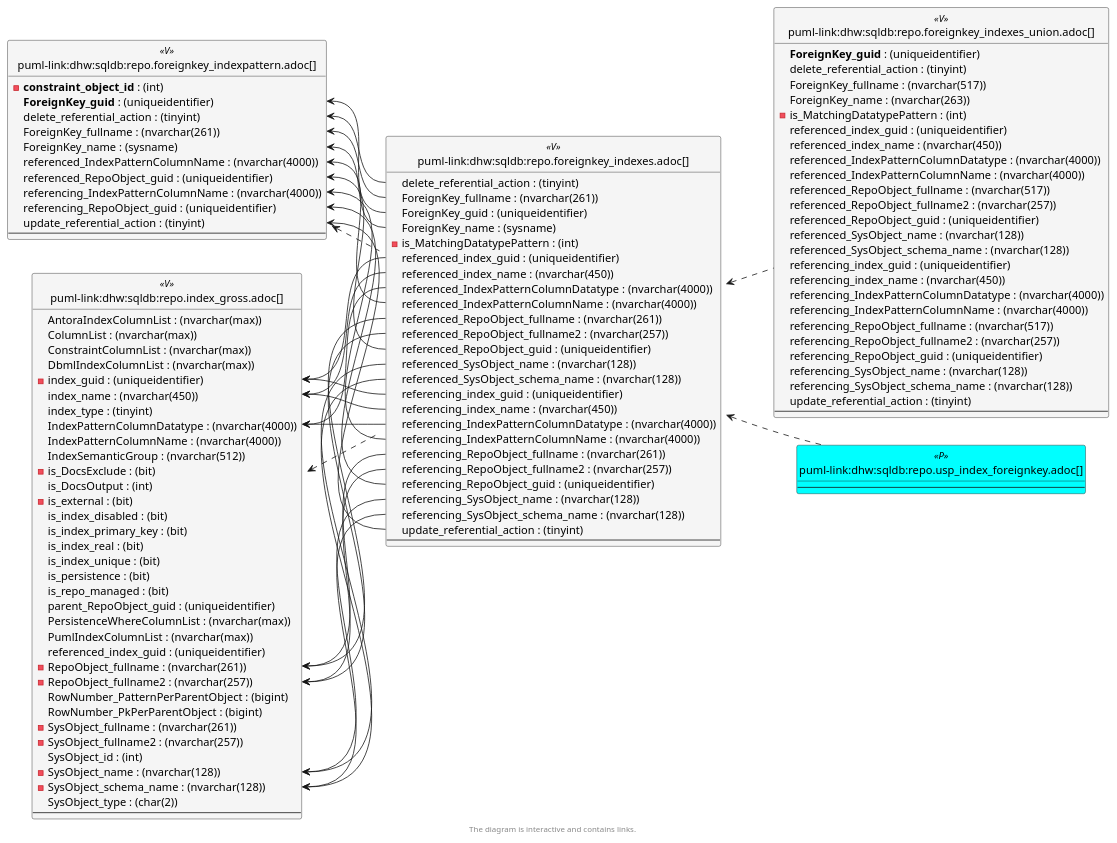
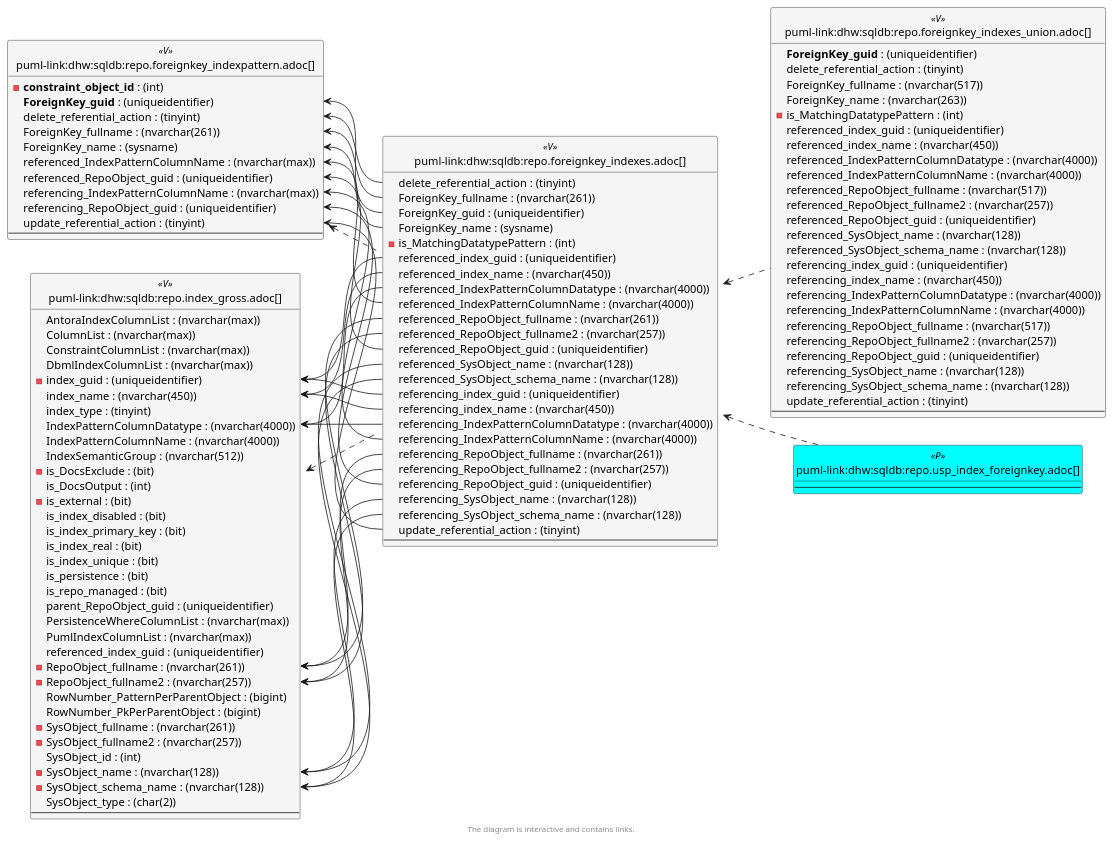
Before and after one commit to DataHandwerk/dhw-antora-sqldb: the sixth of 6 diagrams in docs/modules/sqldb/partials/content/repo.foreignkey_indexes.adoc, drawn with PlantUML. The commit also changed 701 other files, not shown here.

```diff
--- a/docs/modules/sqldb/partials/content/repo.foreignkey_indexes.adoc
+++ b/docs/modules/sqldb/partials/content/repo.foreignkey_indexes.adoc
@@ -2575,9 +2575,9 @@
   delete_referential_action : (tinyint)
   ForeignKey_fullname : (nvarchar(261))
   ForeignKey_name : (sysname)
-  referenced_IndexPatternColumnName : (nvarchar(4000))
+  referenced_IndexPatternColumnName : (nvarchar(max))
   referenced_RepoObject_guid : (uniqueidentifier)
-  referencing_IndexPatternColumnName : (nvarchar(4000))
+  referencing_IndexPatternColumnName : (nvarchar(max))
   referencing_RepoObject_guid : (uniqueidentifier)
   update_referential_action : (tinyint)
   --
@@ -2639,18 +2639,18 @@
 "repo.ForeignKey_IndexPattern::update_referential_action" <-- "repo.ForeignKey_Indexes::update_referential_action"
 "repo.Index_gross::index_guid" <-- "repo.ForeignKey_Indexes::referenced_index_guid"
 "repo.Index_gross::index_guid" <-- "repo.ForeignKey_Indexes::referencing_index_guid"
+"repo.Index_gross::index_name" <-- "repo.ForeignKey_Indexes::referenced_index_name"
 "repo.Index_gross::index_name" <-- "repo.ForeignKey_Indexes::referencing_index_name"
-"repo.Index_gross::index_name" <-- "repo.ForeignKey_Indexes::referenced_index_name"
+"repo.Index_gross::IndexPatternColumnDatatype" <-- "repo.ForeignKey_Indexes::referenced_IndexPatternColumnDatatype"
 "repo.Index_gross::IndexPatternColumnDatatype" <-- "repo.ForeignKey_Indexes::referencing_IndexPatternColumnDatatype"
-"repo.Index_gross::IndexPatternColumnDatatype" <-- "repo.ForeignKey_Indexes::referenced_IndexPatternColumnDatatype"
 "repo.Index_gross::RepoObject_fullname" <-- "repo.ForeignKey_Indexes::referenced_RepoObject_fullname"
 "repo.Index_gross::RepoObject_fullname" <-- "repo.ForeignKey_Indexes::referencing_RepoObject_fullname"
 "repo.Index_gross::RepoObject_fullname2" <-- "repo.ForeignKey_Indexes::referenced_RepoObject_fullname2"
 "repo.Index_gross::RepoObject_fullname2" <-- "repo.ForeignKey_Indexes::referencing_RepoObject_fullname2"
+"repo.Index_gross::SysObject_name" <-- "repo.ForeignKey_Indexes::referenced_SysObject_name"
 "repo.Index_gross::SysObject_name" <-- "repo.ForeignKey_Indexes::referencing_SysObject_name"
-"repo.Index_gross::SysObject_name" <-- "repo.ForeignKey_Indexes::referenced_SysObject_name"
+"repo.Index_gross::SysObject_schema_name" <-- "repo.ForeignKey_Indexes::referenced_SysObject_schema_name"
 "repo.Index_gross::SysObject_schema_name" <-- "repo.ForeignKey_Indexes::referencing_SysObject_schema_name"
-"repo.Index_gross::SysObject_schema_name" <-- "repo.ForeignKey_Indexes::referenced_SysObject_schema_name"
 
 footer The diagram is interactive and contains links.
 
```
